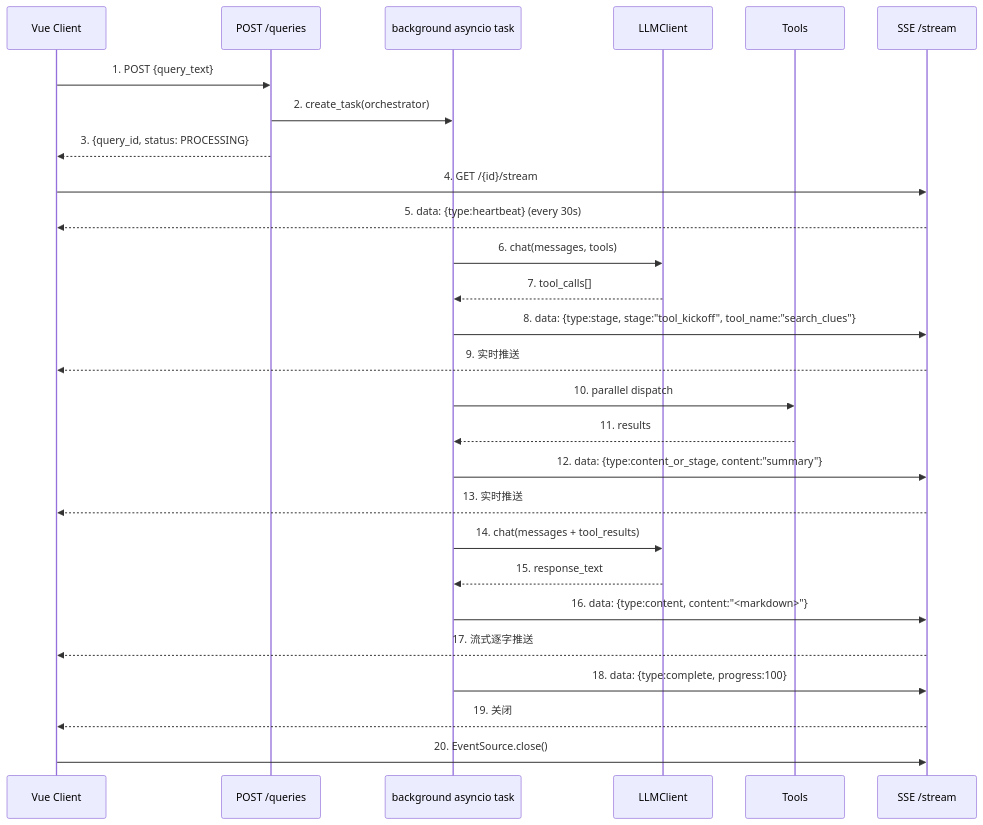
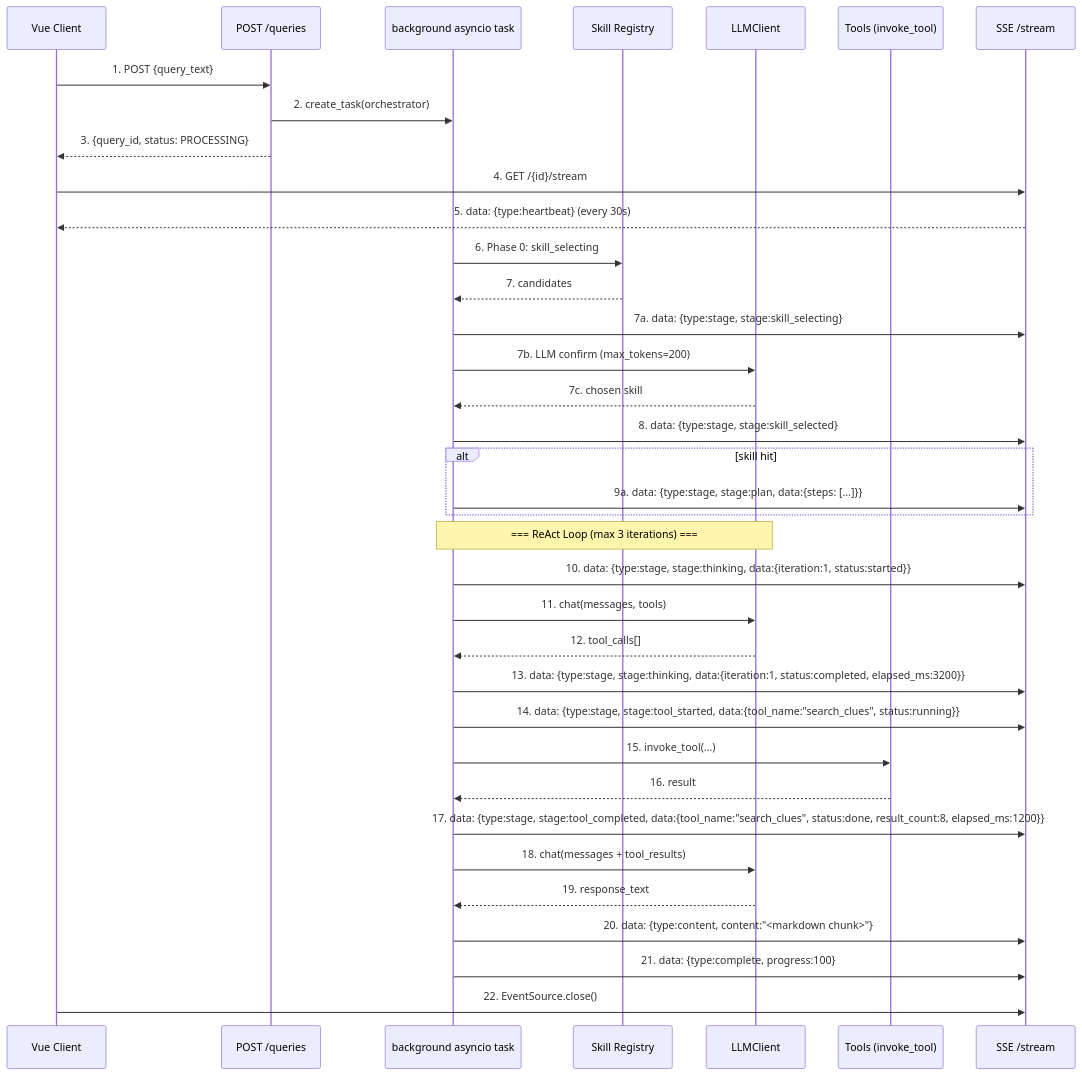
The sixth of 6 diagrams in docs/agent设计.md (Chenpi-Sakura/anti-black), drawn with Mermaid before and after one commit. The commit also changed other lines of this file and 2 other files, not shown here.

````diff
--- a/docs/agent设计.md
+++ b/docs/agent设计.md
@@ -653,34 +784,43 @@
 ```mermaid
 sequenceDiagram
     participant C as Vue Client
     participant API as POST /queries
     participant BG as background asyncio task
+    participant SKL as Skill Registry
     participant LLM as LLMClient
-    participant T as Tools
+    participant T as Tools (invoke_tool)
     participant S as SSE /stream
 
     C->>API: 1. POST {query_text}
     API->>BG: 2. create_task(orchestrator)
     API-->>C: 3. {query_id, status: PROCESSING}
     C->>S: 4. GET /{id}/stream
     S-->>C: 5. data: {type:heartbeat} (every 30s)
 
-    BG->>LLM: 6. chat(messages, tools)
-    LLM-->>BG: 7. tool_calls[]
-    BG->>S: 8. data: {type:stage, stage:"tool_kickoff", tool_name:"search_clues"}
-    S-->>C: 9. 实时推送
+    BG->>SKL: 6. Phase 0: skill_selecting
+    SKL-->>BG: 7. candidates
+    BG->>S: 7a. data: {type:stage, stage:skill_selecting}
+    BG->>LLM: 7b. LLM confirm (max_tokens=200)
+    LLM-->>BG: 7c. chosen skill
+    BG->>S: 8. data: {type:stage, stage:skill_selected}
 
-    BG->>T: 10. parallel dispatch
-    T-->>BG: 11. results
-    BG->>S: 12. data: {type:content_or_stage, content:"summary"}
-    S-->>C: 13. 实时推送
+    alt skill hit
+        BG->>S: 9a. data: {type:stage, stage:plan, data:{steps: [...]}}
+    end
 
-    BG->>LLM: 14. chat(messages + tool_results)
-    LLM-->>BG: 15. response_text
-    BG->>S: 16. data: {type:content, content:"<markdown>"}
-    S-->>C: 17. 流式逐字推送
+    Note over BG,LLM: === ReAct Loop (max 3 iterations) ===
 
-    BG->>S: 18. data: {type:complete, progress:100}
-    S-->>C: 19. 关闭
-    C->>S: 20. EventSource.close()
+    BG->>S: 10. data: {type:stage, stage:thinking, data:{iteration:1, status:started}}
+    BG->>LLM: 11. chat(messages, tools)
+    LLM-->>BG: 12. tool_calls[]
+    BG->>S: 13. data: {type:stage, stage:thinking, data:{iteration:1, status:completed, elapsed_ms:3200}}
+    BG->>S: 14. data: {type:stage, stage:tool_started, data:{tool_name:"search_clues", status:running}}
+    BG->>T: 15. invoke_tool(...)
+    T-->>BG: 16. result
+    BG->>S: 17. data: {type:stage, stage:tool_completed, data:{tool_name:"search_clues", status:done, result_count:8, elapsed_ms:1200}}
+    BG->>LLM: 18. chat(messages + tool_results)
+    LLM-->>BG: 19. response_text
+    BG->>S: 20. data: {type:content, content:"<markdown chunk>"}
+    BG->>S: 21. data: {type:complete, progress:100}
+    C->>S: 22. EventSource.close()
 ```
````
